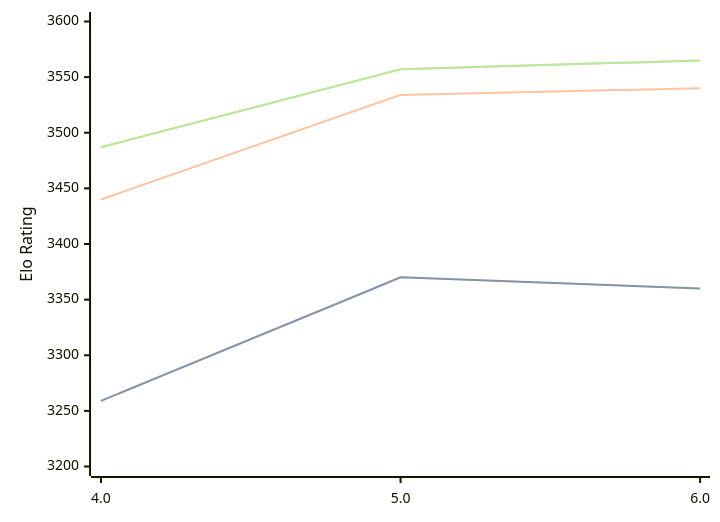
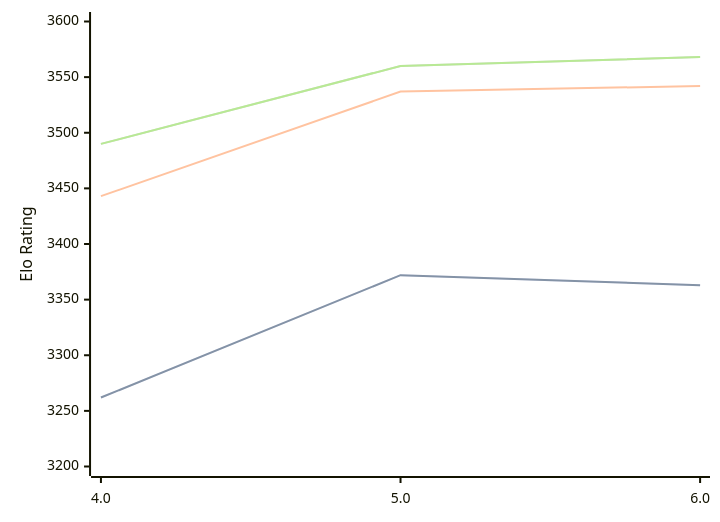
Before and after one commit to computer-chess-index/cci: the diagram in engines/Tarnished.md, drawn with Mermaid. The commit also changed other lines of this file, not shown here.

Commit message:
Update CCI Ratings (ELO VLTC) - 2026-09-24

````diff
--- a/engines/Tarnished.md
+++ b/engines/Tarnished.md
@@ -33,11 +33,11 @@
 ```mermaid
 %%{init: {"theme":"base","themeVariables":{"seriesColors:['#a3a3a3','#222221','#faa371']}}}%%
 xychart-beta
   x-axis ["4.0", "5.0", "6.0"]
   y-axis "Elo Rating" 3200 --> 3600
-  line "" [3259, 3370, 3360]
-  line "STC (8.0+0.08s)" [3259, 3370, 3360]
-  line "LTC (60.0+0.60s)" [3440, 3534, 3540]
-  line "" [3487, 3557, 3565]
-  line "VLTC (2m24s+1.12s)" [3487, 3557, 3565]
+  line "" [3262, 3372, 3363]
+  line "STC (8.0+0.08s)" [3262, 3372, 3363]
+  line "LTC (60.0+0.60s)" [3443, 3537, 3542]
+  line "" [3490, 3560, 3568]
+  line "VLTC (2m24s+1.12s)" [3490, 3560, 3568]
 ```
````
